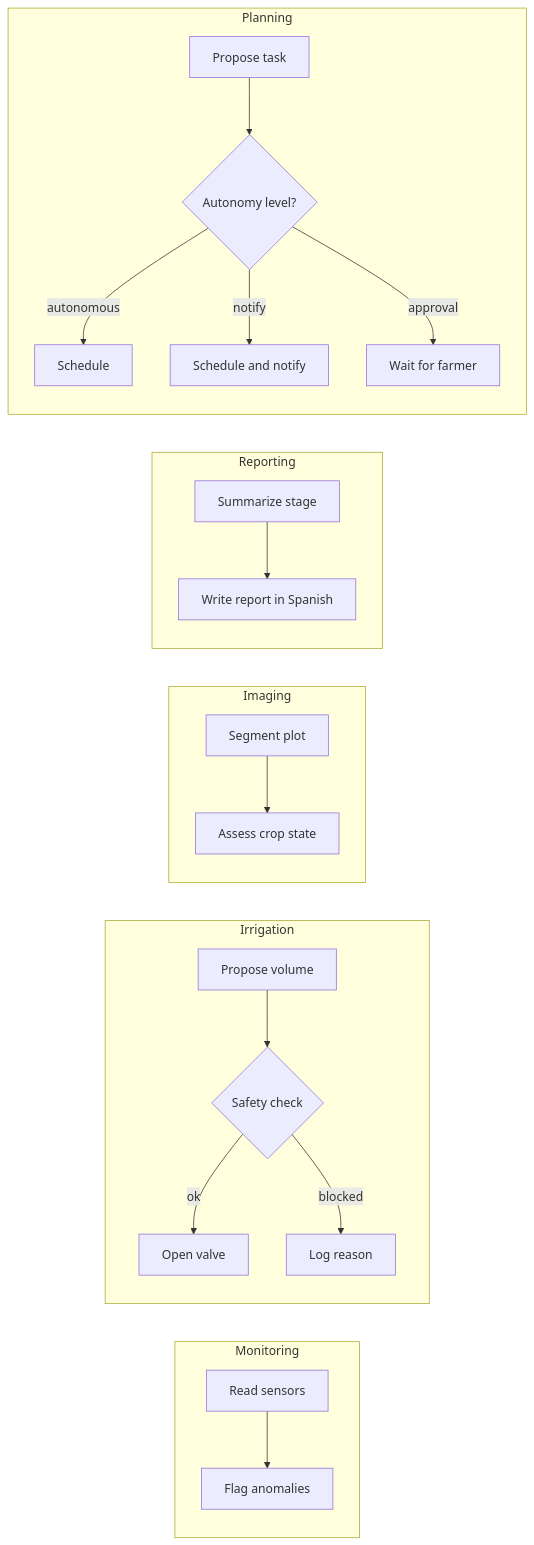
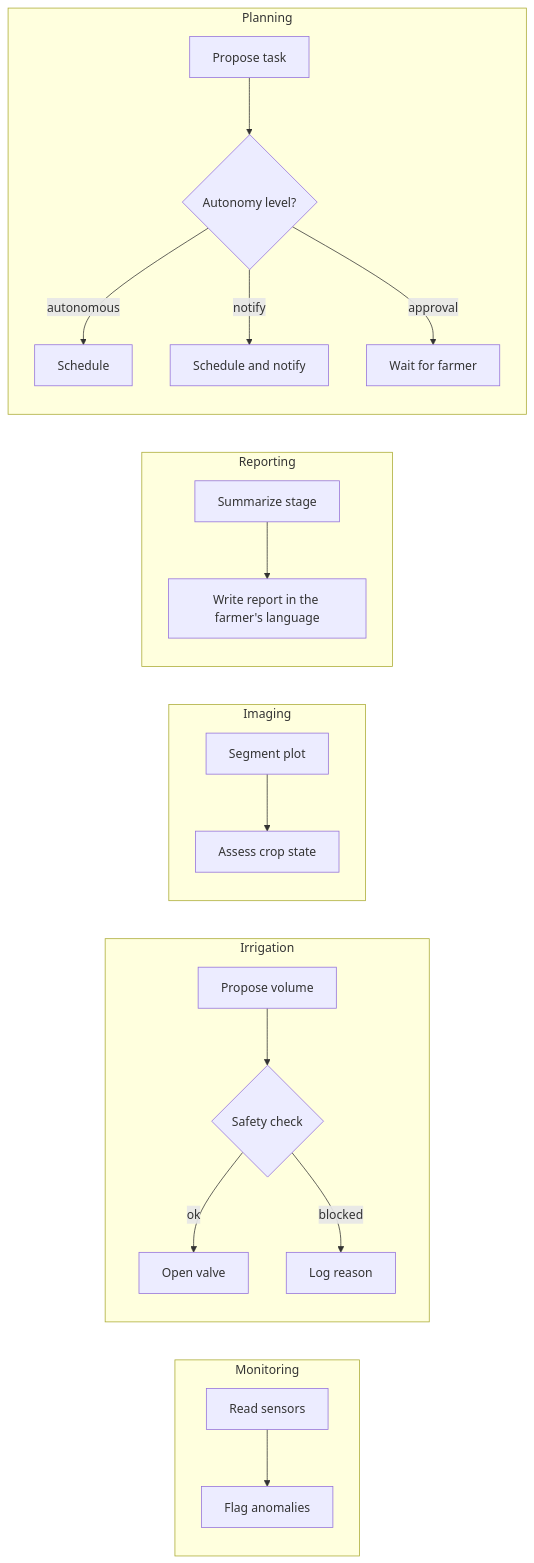
The third of 6 diagrams in README.md (EdwinSteve/FieldPilot), drawn with Mermaid before and after one commit. The commit also changed other lines of this file and 4 other files, not shown here.

First line of the commit message:
docs(language): English by default with Spanish kept, add D084

````diff
--- a/README.md
+++ b/README.md
@@ -59,23 +59,23 @@
 ```mermaid
 flowchart LR
     subgraph Monitoring
         M1[Read sensors] --> M2[Flag anomalies]
     end
     subgraph Irrigation
         I1[Propose volume] --> I2{Safety check}
         I2 -- ok --> I3[Open valve]
         I2 -- blocked --> I4[Log reason]
     end
     subgraph Imaging
         G1[Segment plot] --> G2[Assess crop state]
     end
     subgraph Reporting
-        R1[Summarize stage] --> R2[Write report in Spanish]
+        R1[Summarize stage] --> R2[Write report in the farmer's language]
     end
     subgraph Planning
         P1[Propose task] --> P2{Autonomy level?}
         P2 -- autonomous --> P3[Schedule]
         P2 -- notify --> P4[Schedule and notify]
         P2 -- approval --> P5[Wait for farmer]
     end
 ```
````
